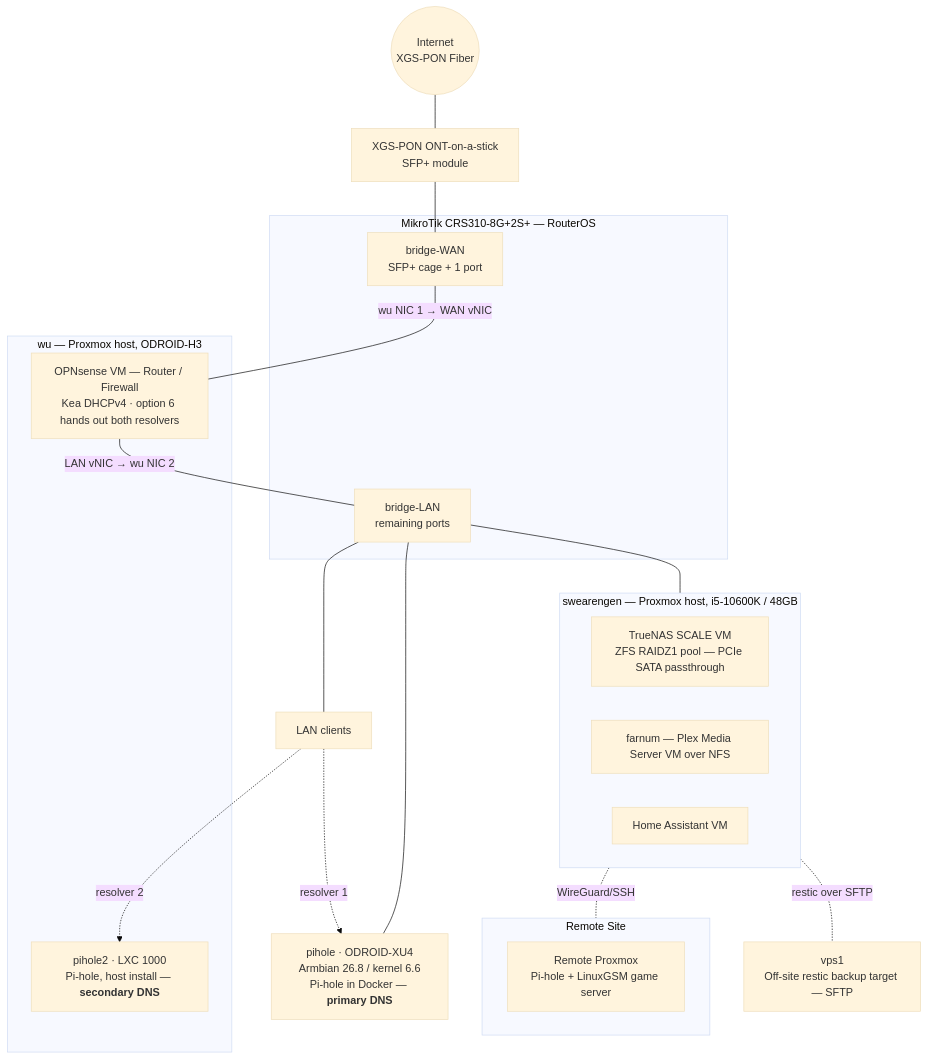
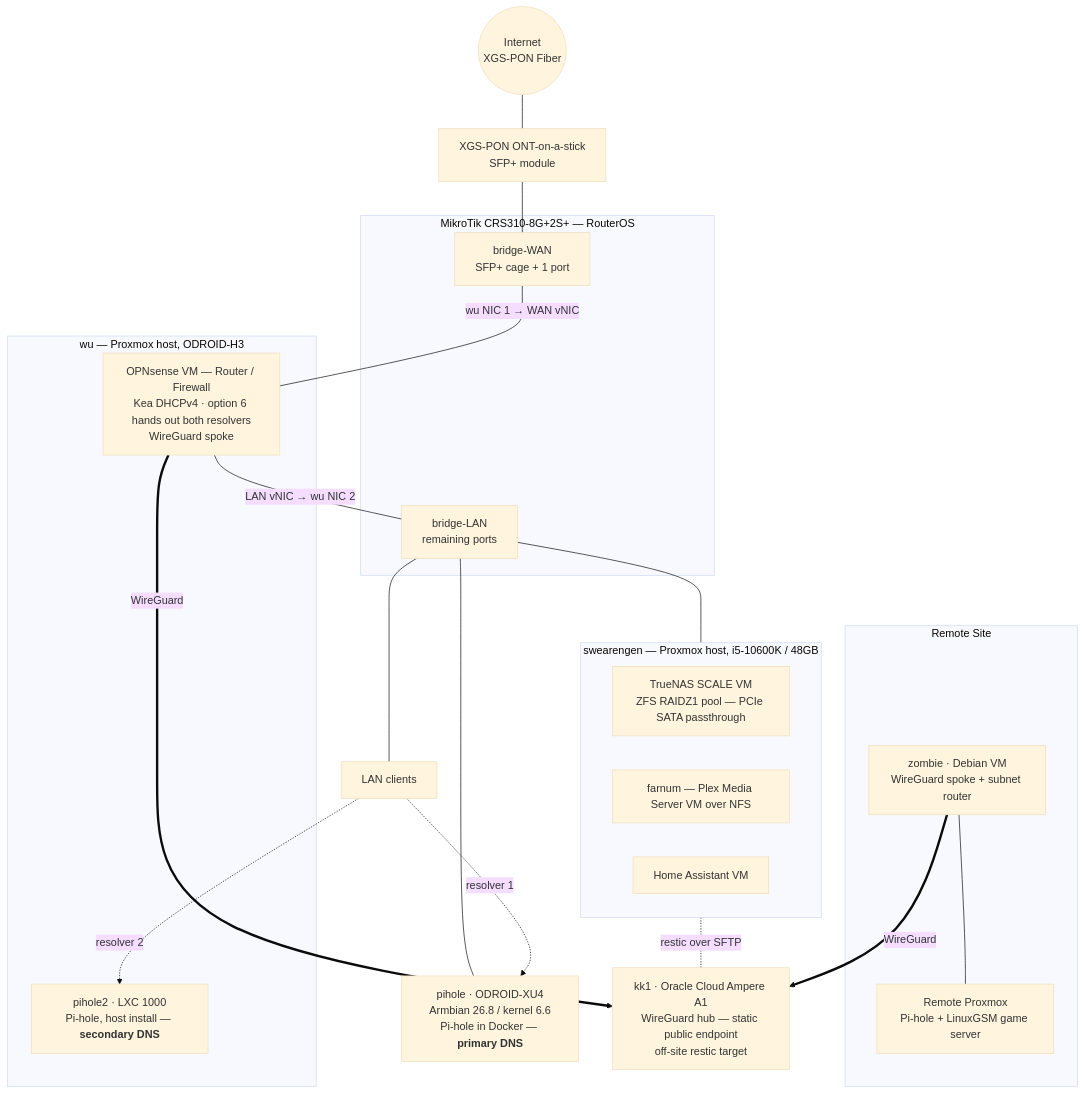
The diagram in README.md (greenbeanorg/greenbeanorg), drawn with Mermaid (base theme) before and after one commit.

Commit message:
Topology: add WireGuard hub and remote spoke, merge vps1 into kk1

````diff
--- a/README.md
+++ b/README.md
@@ -18,42 +18,45 @@
 ```mermaid
 flowchart TB
     INET((Internet<br/>XGS-PON Fiber))
     ONT[XGS-PON ONT-on-a-stick<br/>SFP+ module]
 
     subgraph SW [MikroTik CRS310-8G+2S+ — RouterOS]
         BW[bridge-WAN<br/>SFP+ cage + 1 port]
         BL[bridge-LAN<br/>remaining ports]
     end
 
     subgraph WU [wu — Proxmox host, ODROID-H3]
-        FW[OPNsense VM — Router / Firewall<br/>Kea DHCPv4 · option 6 hands out both resolvers]
+        FW[OPNsense VM — Router / Firewall<br/>Kea DHCPv4 · option 6 hands out both resolvers<br/>WireGuard spoke]
         PH2[pihole2 · LXC 1000<br/>Pi-hole, host install — <b>secondary DNS</b>]
     end
 
     PH1[pihole · ODROID-XU4<br/>Armbian 26.8 / kernel 6.6<br/>Pi-hole in Docker — <b>primary DNS</b>]
 
     subgraph SWG [swearengen — Proxmox host, i5-10600K / 48GB]
         NAS[TrueNAS SCALE VM<br/>ZFS RAIDZ1 pool — PCIe SATA passthrough]
         FARN[farnum — Plex Media Server VM over NFS]
         HA[Home Assistant VM]
     end
 
     CLIENTS[LAN clients]
 
+    KK1[kk1 · Oracle Cloud Ampere A1<br/>WireGuard hub — static public endpoint<br/>off-site restic target]
+
     subgraph REMOTE [Remote Site]
+        ZOM[zombie · Debian VM<br/>WireGuard spoke + subnet router]
         RPX[Remote Proxmox<br/>Pi-hole + LinuxGSM game server]
     end
-
-    VPS[vps1<br/>Off-site restic backup target — SFTP]
 
     INET --- ONT --- BW
     BW ---|"wu NIC 1 → WAN vNIC"| FW
     FW ---|"LAN vNIC → wu NIC 2"| BL
     BL --- CLIENTS
     BL --- PH1
     BL --- SWG
     CLIENTS -. "resolver 1" .-> PH1
     CLIENTS -. "resolver 2" .-> PH2
-    SWG -. WireGuard/SSH .- REMOTE
-    SWG -. restic over SFTP .- VPS
+    FW == "WireGuard" ==> KK1
+    ZOM == "WireGuard" ==> KK1
+    ZOM --- RPX
+    SWG -. restic over SFTP .- KK1
 ```
````
